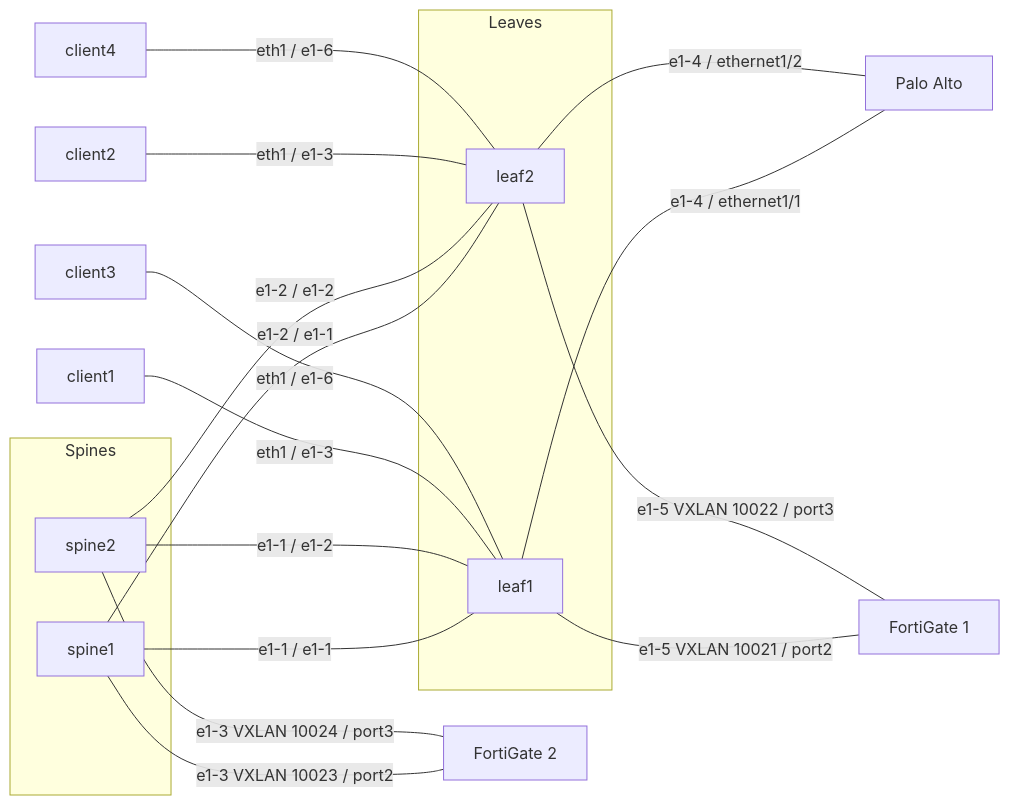
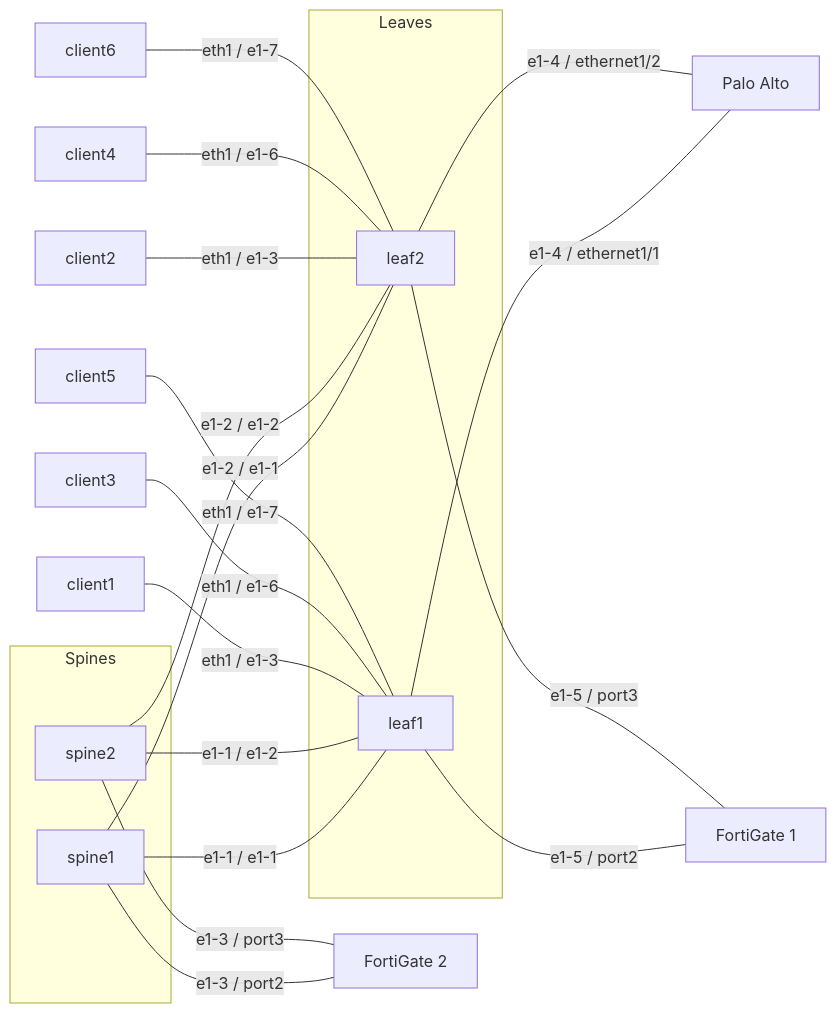
One commit to dtrichards01/private-catalog-eda changed the diagram in apps/firewall.eda.labs/docs/README.md. Above: the diagram before and after it, drawn with Mermaid. The commit also changed other lines of this file and 6 other files, not shown here.

````diff
--- a/apps/firewall.eda.labs/docs/README.md
+++ b/apps/firewall.eda.labs/docs/README.md
@@ -42,25 +54,27 @@
 ```mermaid
 flowchart LR
   subgraph spines [Spines]
     spine1
     spine2
   end
   subgraph leaves [Leaves]
     leaf1
     leaf2
   end
   spine1 ---|e1-1 / e1-1| leaf1
   spine2 ---|e1-1 / e1-2| leaf1
   spine1 ---|e1-2 / e1-1| leaf2
   spine2 ---|e1-2 / e1-2| leaf2
   client1 ---|eth1 / e1-3| leaf1
   client3 ---|eth1 / e1-6| leaf1
   client2 ---|eth1 / e1-3| leaf2
   client4 ---|eth1 / e1-6| leaf2
   leaf1 ---|e1-4 / ethernet1/1| palo[Palo Alto]
   leaf2 ---|e1-4 / ethernet1/2| palo
-  leaf1 ---|e1-5 VXLAN 10021 / port2| fg1[FortiGate 1]
-  leaf2 ---|e1-5 VXLAN 10022 / port3| fg1
-  spine1 ---|e1-3 VXLAN 10023 / port2| fg2[FortiGate 2]
-  spine2 ---|e1-3 VXLAN 10024 / port3| fg2
+  leaf1 ---|e1-5 / port2| fg1[FortiGate 1]
+  leaf2 ---|e1-5 / port3| fg1
+  spine1 ---|e1-3 / port2| fg2[FortiGate 2]
+  spine2 ---|e1-3 / port3| fg2
+  client5 ---|eth1 / e1-7| leaf1
+  client6 ---|eth1 / e1-7| leaf2
 ```
````
